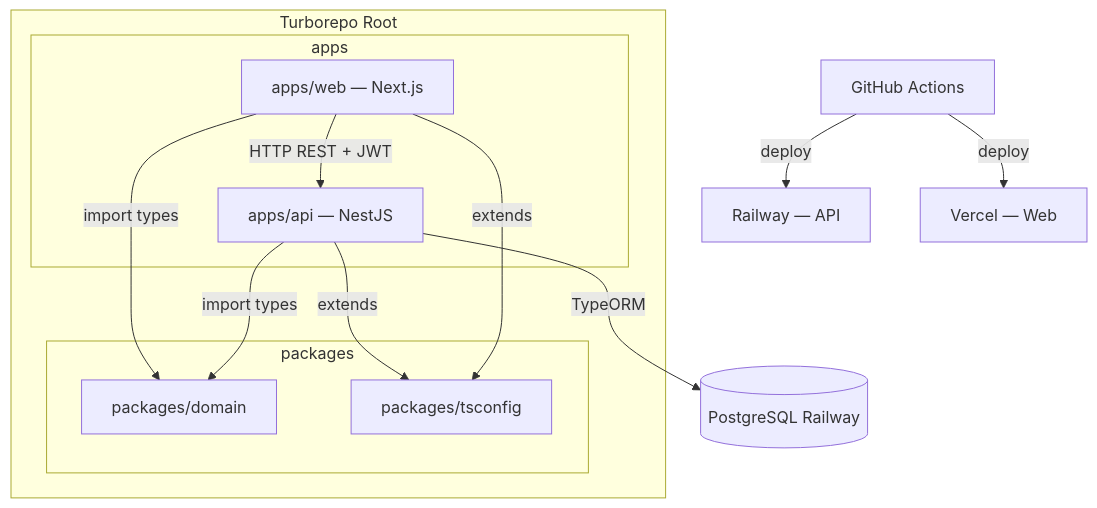
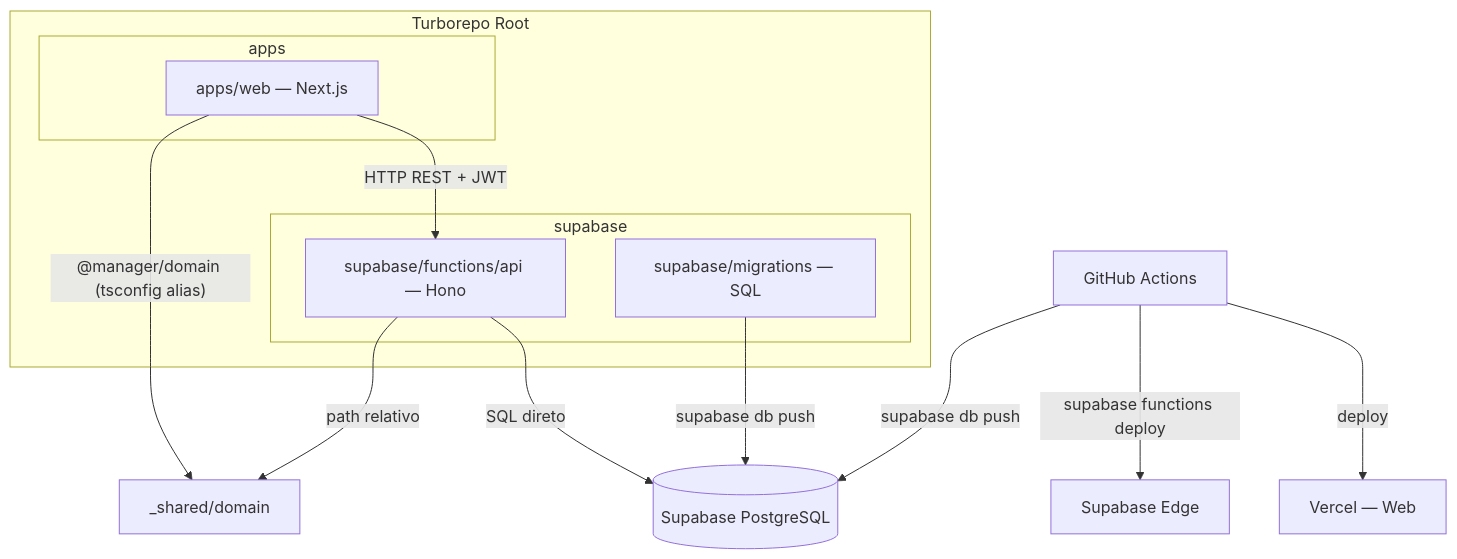
One commit to juaodantas/manager-dashboard changed the diagram in .specs/features/monorepo-boilerplate/design.md. Above: the diagram before and after it, drawn with Mermaid. The commit also changed other lines of this file and 156 other files, not shown here.

````diff
--- a/.specs/features/monorepo-boilerplate/design.md
+++ b/.specs/features/monorepo-boilerplate/design.md
@@ -10,24 +10,23 @@
 ```mermaid
 graph TD
     subgraph Monorepo[Turborepo Root]
         subgraph apps
-            API[apps/api — NestJS]
             WEB[apps/web — Next.js]
         end
-        subgraph packages
-            DOM[packages/domain]
-            TSC[packages/tsconfig]
+            subgraph supabase
+            FN[supabase/functions/api — Hono]
+            MIG[supabase/migrations — SQL]
         end
     end
 
-    WEB -->|import types| DOM
-    API -->|import types| DOM
-    API -->|extends| TSC
-    WEB -->|extends| TSC
+    WEB -->|"@manager/domain (tsconfig alias)"| SHARED[_shared/domain]
+    FN -->|"path relativo"| SHARED
 
-    WEB -->|HTTP REST + JWT| API
-    API -->|TypeORM| PG[(PostgreSQL Railway)]
+    WEB -->|HTTP REST + JWT| FN
+    FN -->|SQL direto| PG[(Supabase PostgreSQL)]
+    MIG -->|supabase db push| PG
 
-    GHA[GitHub Actions] -->|deploy| Railway[Railway — API]
+    GHA[GitHub Actions] -->|supabase functions deploy| Supabase[Supabase Edge]
+    GHA -->|supabase db push| PG
     GHA -->|deploy| Vercel[Vercel — Web]
 ```
````
